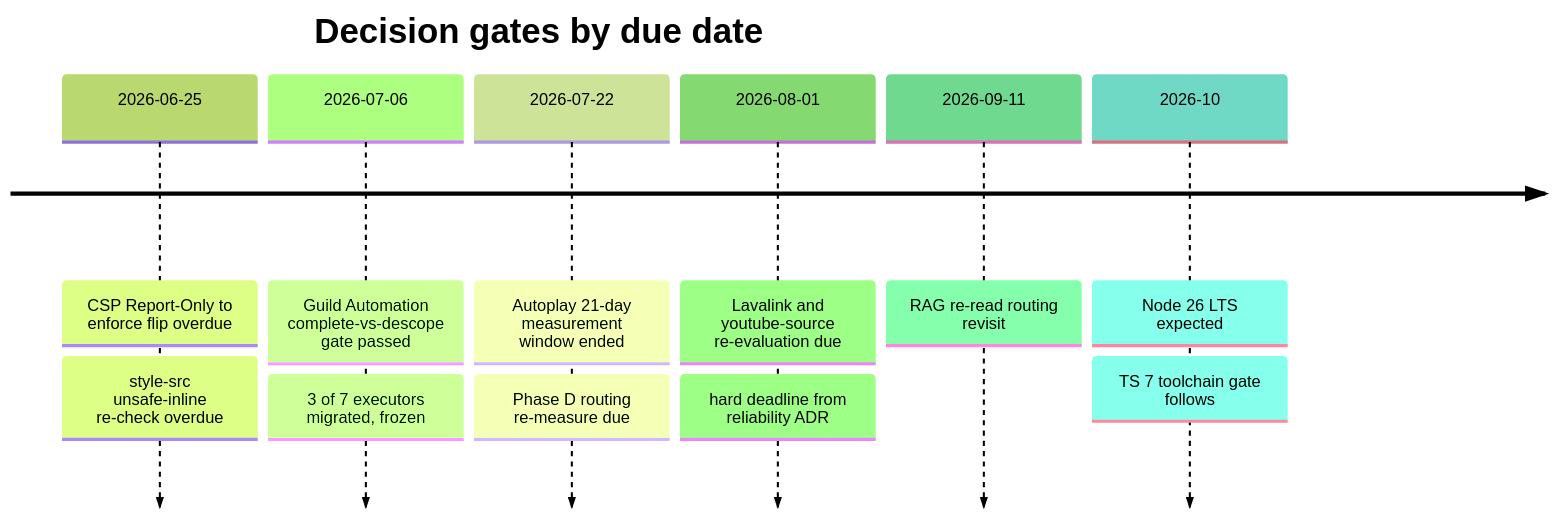
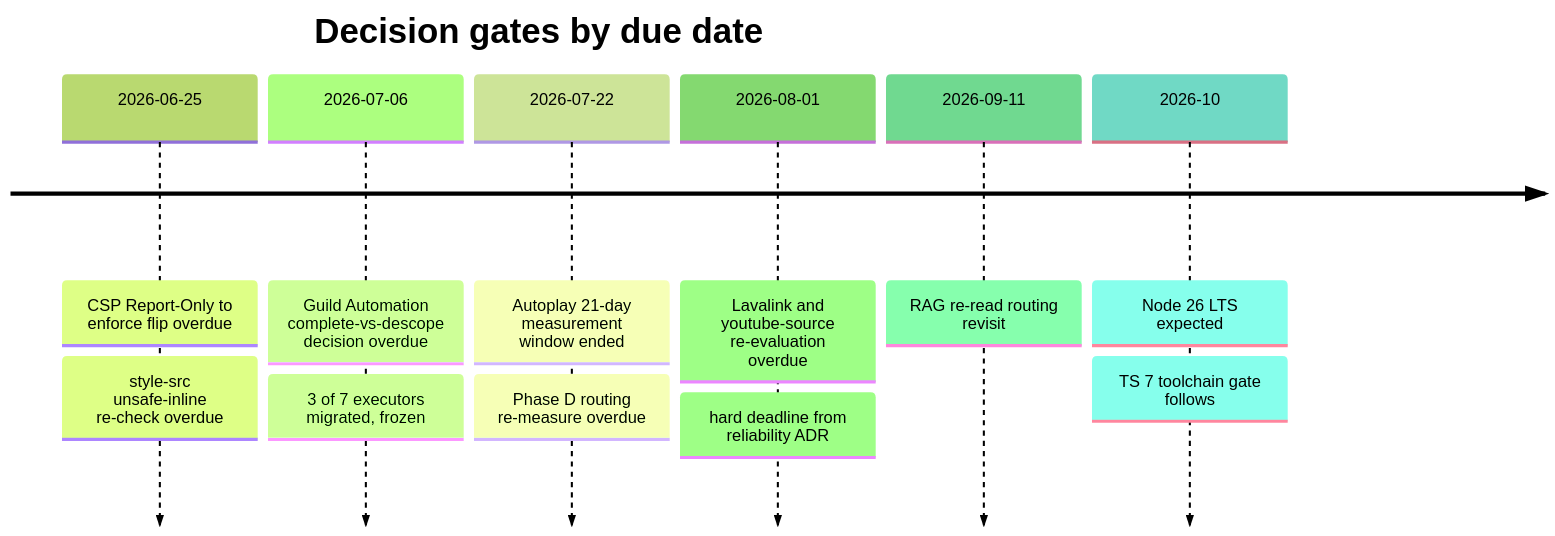
The second of 2 diagrams in docs/roadmap.md (LucasSantana-Dev/Lucky), drawn with Mermaid (forest theme) before and after one commit. The commit also changed other lines of this file, not shown here.

First line of the commit message:
docs: address CodeRabbit review on roadmap

````diff
--- a/docs/roadmap.md
+++ b/docs/roadmap.md
@@ -79,10 +81,10 @@
 ```mermaid
 timeline
     title Decision gates by due date
     2026-06-25 : CSP Report-Only to enforce flip overdue : style-src unsafe-inline re-check overdue
-    2026-07-06 : Guild Automation complete-vs-descope gate passed : 3 of 7 executors migrated, frozen
-    2026-07-22 : Autoplay 21-day measurement window ended : Phase D routing re-measure due
-    2026-08-01 : Lavalink and youtube-source re-evaluation due : hard deadline from reliability ADR
+    2026-07-06 : Guild Automation complete-vs-descope decision overdue : 3 of 7 executors migrated, frozen
+    2026-07-22 : Autoplay 21-day measurement window ended : Phase D routing re-measure overdue
+    2026-08-01 : Lavalink and youtube-source re-evaluation overdue : hard deadline from reliability ADR
     2026-09-11 : RAG re-read routing revisit
     2026-10 : Node 26 LTS expected : TS 7 toolchain gate follows
 ```
````
